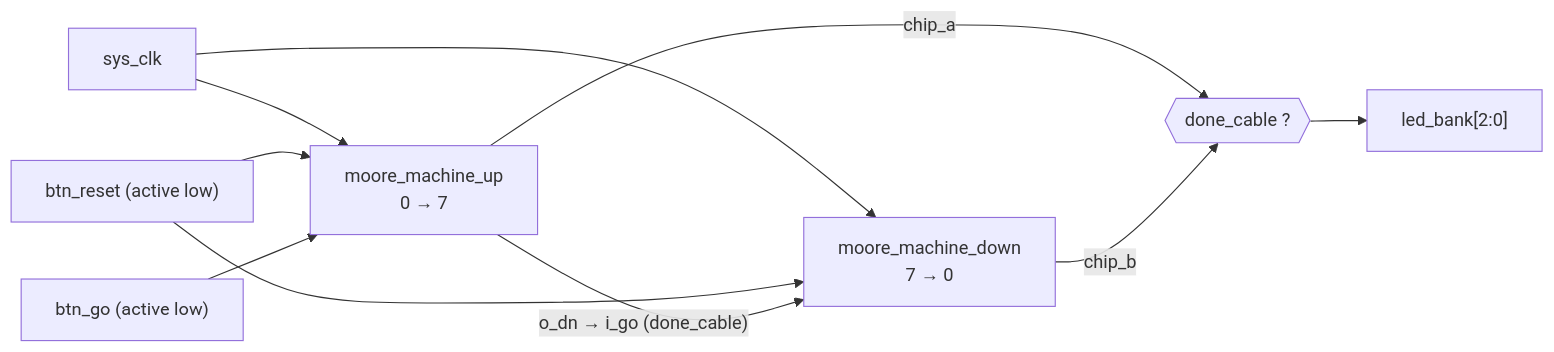
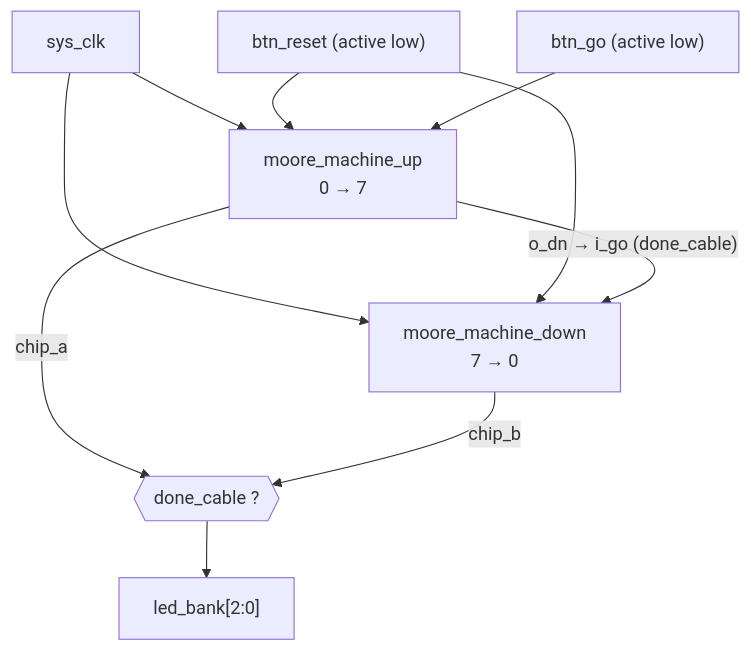
Before and after one commit to spaceadler/state-machine-counter: the first of 2 diagrams in README.md, drawn with Mermaid.

Commit message:
docs: diagrams flow top-to-bottom where they were too wide for GitHub's frame

````diff
--- a/README.md
+++ b/README.md
@@ -15,10 +15,10 @@
 ```mermaid
-flowchart LR
+flowchart TB
     clk[sys_clk] --> up & dn
     rst["btn_reset (active low)"] --> up & dn
     go["btn_go (active low)"] --> up["moore_machine_up<br/>0 → 7"]
     up -->|"o_dn → i_go (done_cable)"| dn["moore_machine_down<br/>7 → 0"]
     up -->|"chip_a"| mux{{"done_cable ?"}}
     dn -->|"chip_b"| mux
     mux --> led["led_bank[2:0]"]
 ```
````
